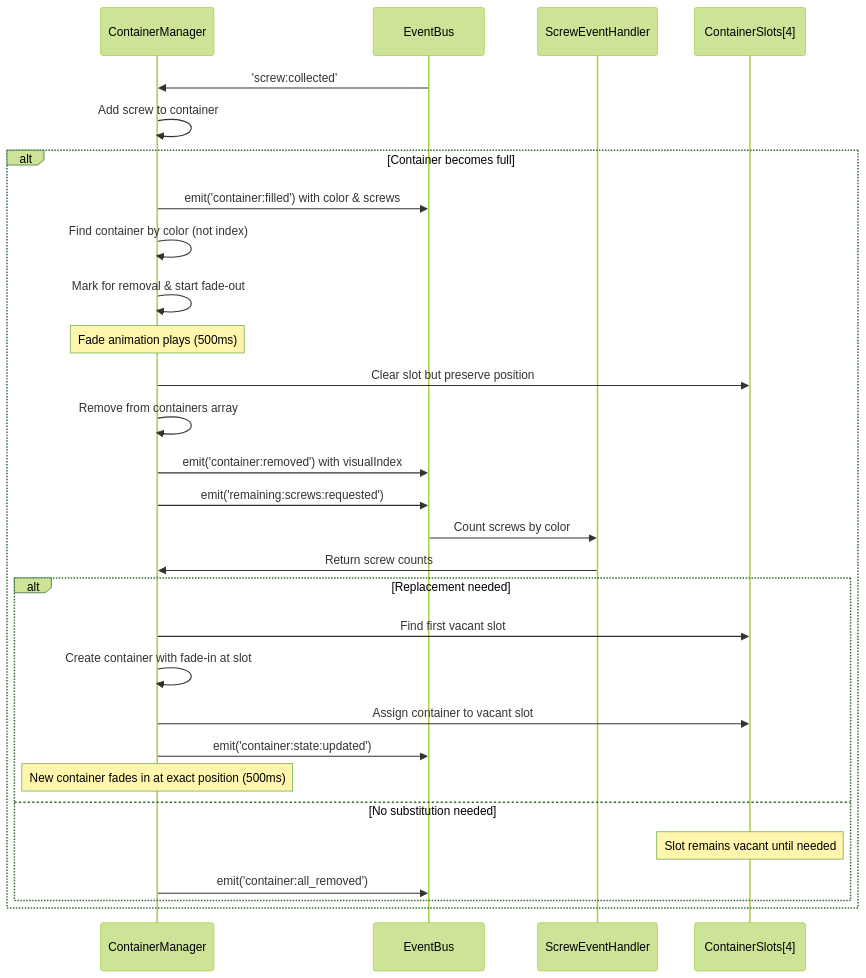
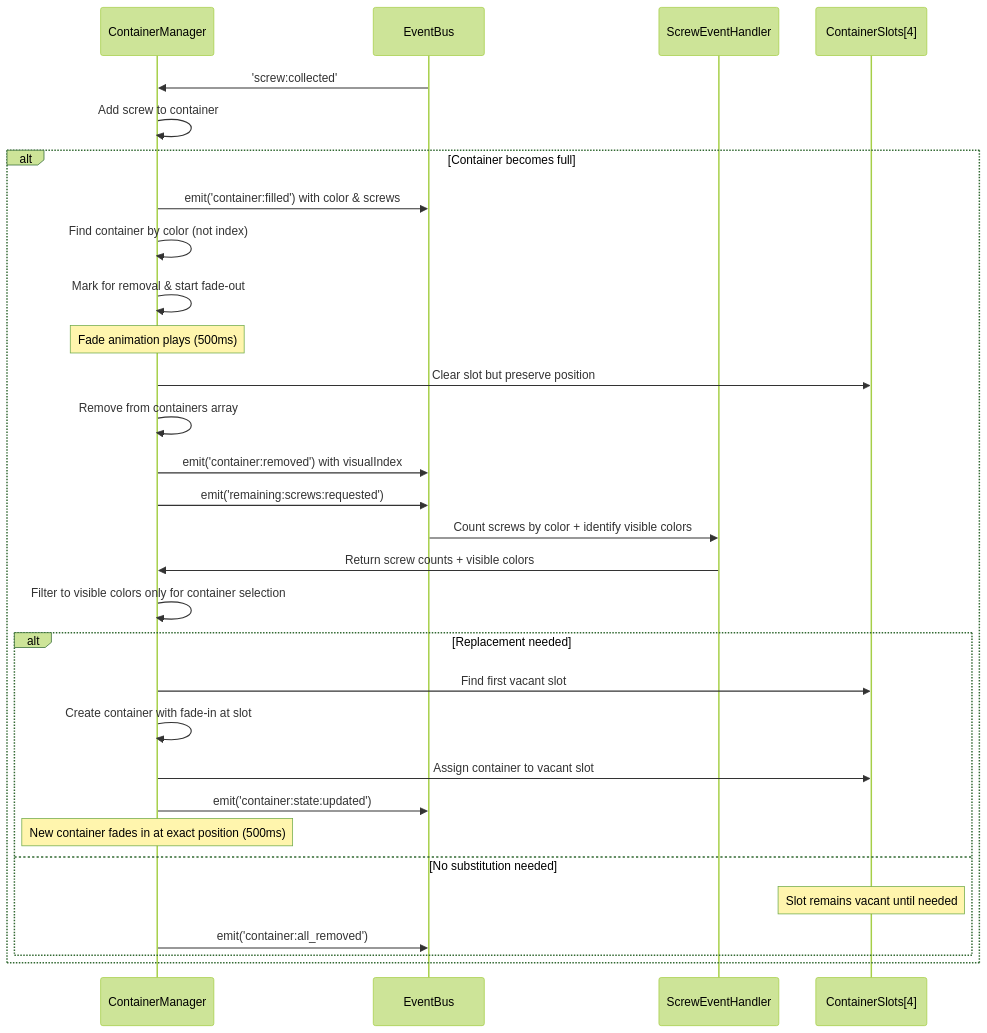
One commit to paulrobello/par-shape-2d changed the fourth of 4 diagrams in docs/game_architecture.md. Above: the diagram before and after it, drawn with Mermaid (forest theme). The commit also changed other lines of this file and 1 other file, not shown here.

First line of the commit message:
docs: update architecture and event flow docs for visible-layer container logic

````diff
--- a/docs/game_architecture.md
+++ b/docs/game_architecture.md
@@ -464,37 +465,38 @@
 ```mermaid
 sequenceDiagram
     participant CM as ContainerManager
     participant EB as EventBus
     participant SEH as ScrewEventHandler
     participant Slots as ContainerSlots[4]
 
     EB->>CM: 'screw:collected'
     CM->>CM: Add screw to container
     
     alt Container becomes full
         CM->>EB: emit('container:filled') with color & screws
         CM->>CM: Find container by color (not index)
         CM->>CM: Mark for removal & start fade-out
         
         Note over CM: Fade animation plays (500ms)
         
         CM->>Slots: Clear slot but preserve position
         CM->>CM: Remove from containers array
         CM->>EB: emit('container:removed') with visualIndex
         
         CM->>EB: emit('remaining:screws:requested')
-        EB->>SEH: Count screws by color
-        SEH->>CM: Return screw counts
+        EB->>SEH: Count screws by color + identify visible colors
+        SEH->>CM: Return screw counts + visible colors
+        CM->>CM: Filter to visible colors only for container selection
         
         alt Replacement needed
             CM->>Slots: Find first vacant slot
             CM->>CM: Create container with fade-in at slot
             CM->>Slots: Assign container to vacant slot
             CM->>EB: emit('container:state:updated')
             Note over CM: New container fades in at exact position (500ms)
         else No substitution needed
             Note over Slots: Slot remains vacant until needed
             CM->>EB: emit('container:all_removed')
         end
     end
 ```
````
